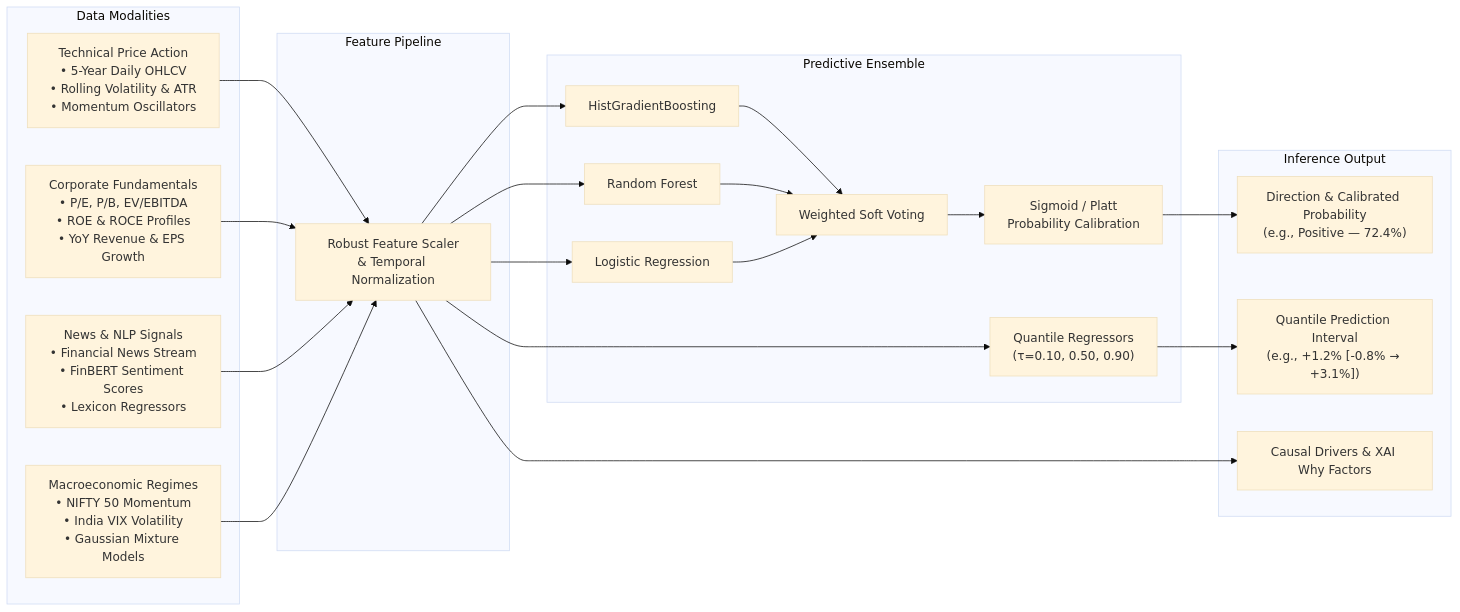
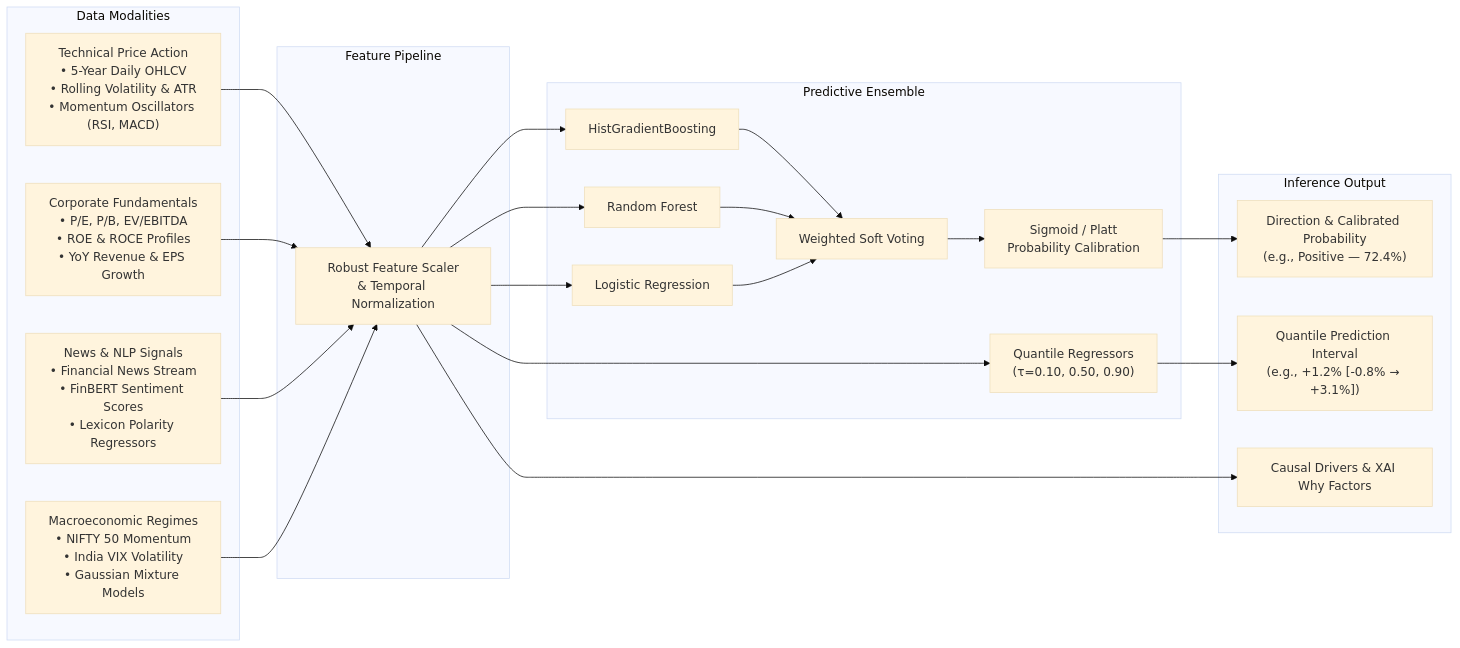
One commit to Abhishekchoudhary9622/Alpha changed the third of 5 diagrams in README.md. Above: the diagram before and after it, drawn with Mermaid (base theme). The commit also changed other lines of this file, not shown here.

Commit message:
docs: complete institutional README with 5-layer multi-asset architecture, Gemini LLM Copilot, IPO radar, mutual fund allocator & F&O option chain

````diff
--- a/README.md
+++ b/README.md
@@ -123,41 +166,41 @@
 ```mermaid
 flowchart LR
     subgraph Modalities["Data Modalities"]
-        T["Technical Price Action\n• 5-Year Daily OHLCV\n• Rolling Volatility & ATR\n• Momentum Oscillators"]
+        T["Technical Price Action\n• 5-Year Daily OHLCV\n• Rolling Volatility & ATR\n• Momentum Oscillators (RSI, MACD)"]
         F["Corporate Fundamentals\n• P/E, P/B, EV/EBITDA\n• ROE & ROCE Profiles\n• YoY Revenue & EPS Growth"]
-        N["News & NLP Signals\n• Financial News Stream\n• FinBERT Sentiment Scores\n• Lexicon Regressors"]
+        N["News & NLP Signals\n• Financial News Stream\n• FinBERT Sentiment Scores\n• Lexicon Polarity Regressors"]
         M["Macroeconomic Regimes\n• NIFTY 50 Momentum\n• India VIX Volatility\n• Gaussian Mixture Models"]
     end
 
     subgraph Fusion["Feature Pipeline"]
         FP["Robust Feature Scaler\n& Temporal Normalization"]
     end
 
     subgraph Models["Predictive Ensemble"]
         HGB["HistGradientBoosting"]
         RF["Random Forest"]
         LR["Logistic Regression"]
         VOTE["Weighted Soft Voting"]
         CALIB["Sigmoid / Platt\nProbability Calibration"]
         QR["Quantile Regressors\n(τ=0.10, 0.50, 0.90)"]
     end
 
     subgraph Output["Inference Output"]
         DIR["Direction & Calibrated Probability\n(e.g., Positive — 72.4%)"]
         INT["Quantile Prediction Interval\n(e.g., +1.2% [-0.8% → +3.1%])"]
         EXP["Causal Drivers & XAI Why Factors"]
     end
 
     T --> FP
     F --> FP
     N --> FP
     M --> FP
 
     FP --> HGB & RF & LR
     FP --> QR
     HGB & RF & LR --> VOTE --> CALIB
 
     CALIB --> DIR
     QR --> INT
     FP --> EXP
 ```
````
